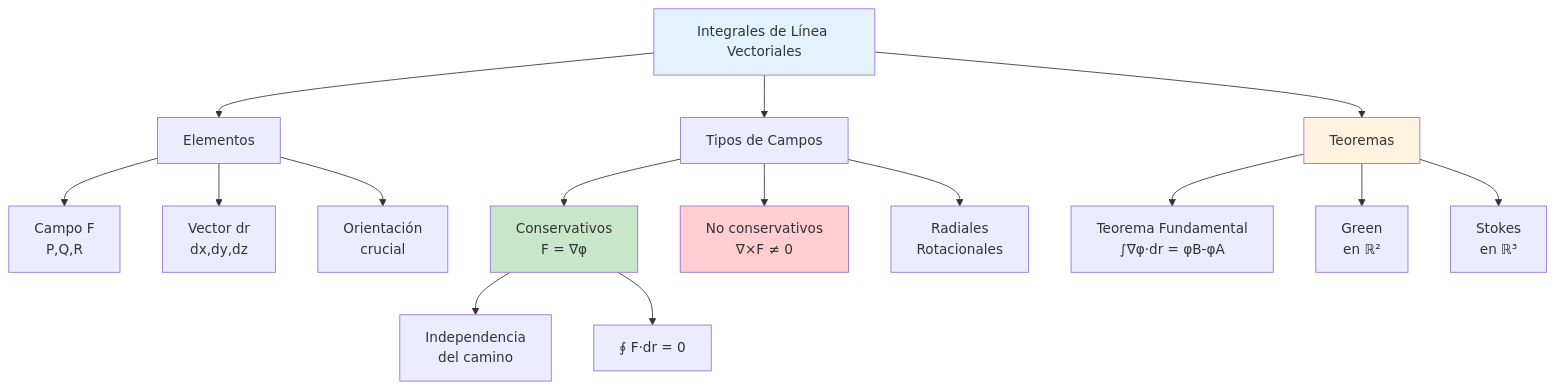
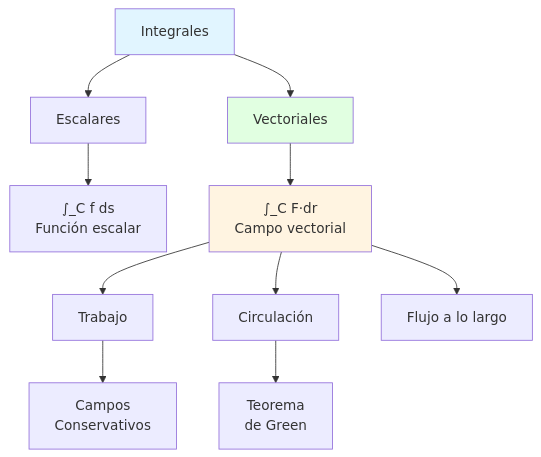
The first of 2 diagrams in Universidad/2do Semestre/Cálculo Vectorial/Unidad 5 – Integral de Línea e Integrales Dobles/II – Integrales de Línea (Escalares y Vectoriales)/03 – Integrales de línea vectoriales.md (Fsteven22/Notas-de-Universidad-Freddy-Sanchez-), drawn with Mermaid before and after one commit. The commit also changed other lines of this file and 87 other files, not shown here.

````diff
--- a/Universidad/2do Semestre/Cálculo Vectorial/Unidad 5 – Integral de Línea e Integrales Dobles/II – Integrales de Línea (Escalares y Vectoriales)/03 – Integrales de línea vectoriales.md
+++ b/Universidad/2do Semestre/Cálculo Vectorial/Unidad 5 – Integral de Línea e Integrales Dobles/II – Integrales de Línea (Escalares y Vectoriales)/03 – Integrales de línea vectoriales.md
@@ -1294,26 +26,19 @@
 ```mermaid
-graph TD
-    A[Integrales de Línea Vectoriales] --> B[Elementos]
-    A --> C[Tipos de Campos]
-    A --> D[Teoremas]
+graph TB
+    A[Integrales] --> B[Escalares]
+    A --> C[Vectoriales]
     
-    B --> B1[Campo F<br/>P,Q,R]
-    B --> B2[Vector dr<br/>dx,dy,dz]
-    B --> B3[Orientación<br/>crucial]
+    B --> D[∫_C f ds<br/>Función escalar]
+    C --> E[∫_C F·dr<br/>Campo vectorial]
     
-    C --> C1[Conservativos<br/>F = ∇φ]
-    C --> C2[No conservativos<br/>∇×F ≠ 0]
-    C --> C3[Radiales<br/>Rotacionales]
+    E --> F[Trabajo]
+    E --> G[Circulación]
+    E --> H[Flujo a lo largo]
     
-    D --> D1[Teorema Fundamental<br/>∫∇φ·dr = φB-φA]
-    D --> D2[Green<br/>en ℝ²]
-    D --> D3[Stokes<br/>en ℝ³]
+    F --> I[Campos<br/>Conservativos]
+    G --> J[Teorema<br/>de Green]
     
-    C1 --> E[Independencia<br/>del camino]
-    C1 --> F[∮ F·dr = 0]
-    
-    style A fill:#e3f2fd
-    style C1 fill:#c8e6c9
-    style C2 fill:#ffcdd2
-    style D fill:#fff3e0
+    style A fill:#e1f5ff
+    style C fill:#e1ffe1
+    style E fill:#fff4e1
 ```
````
